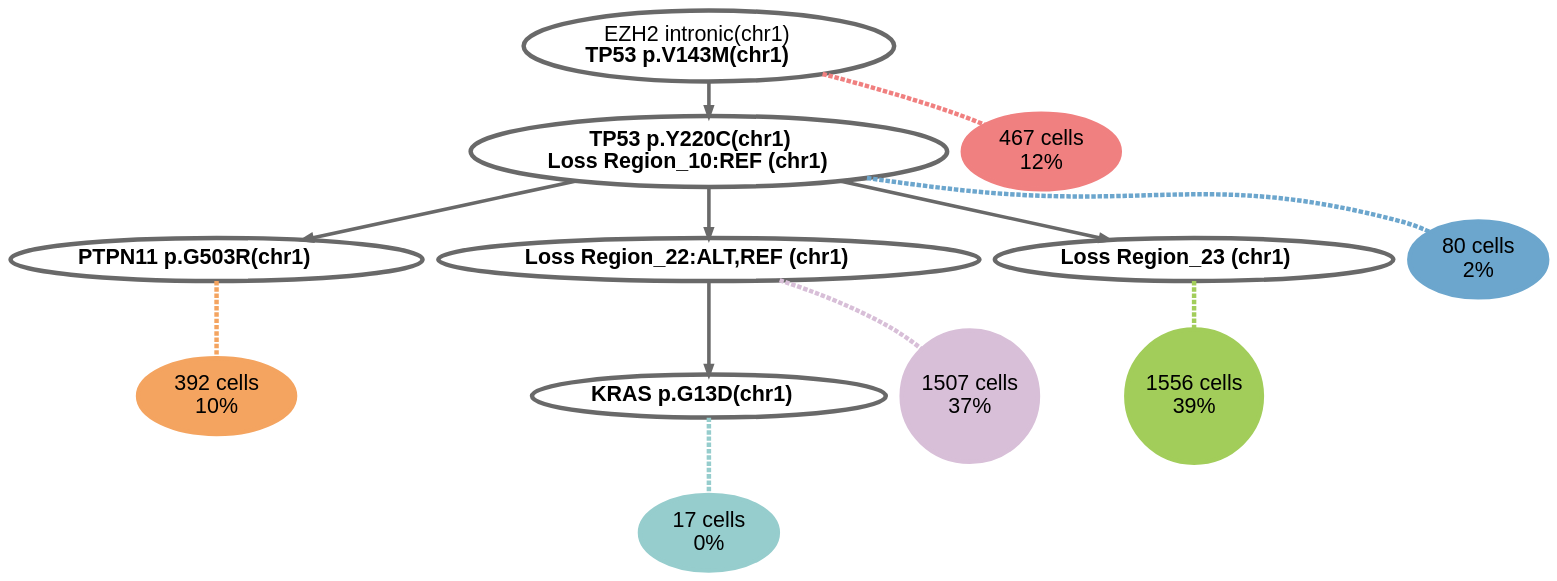
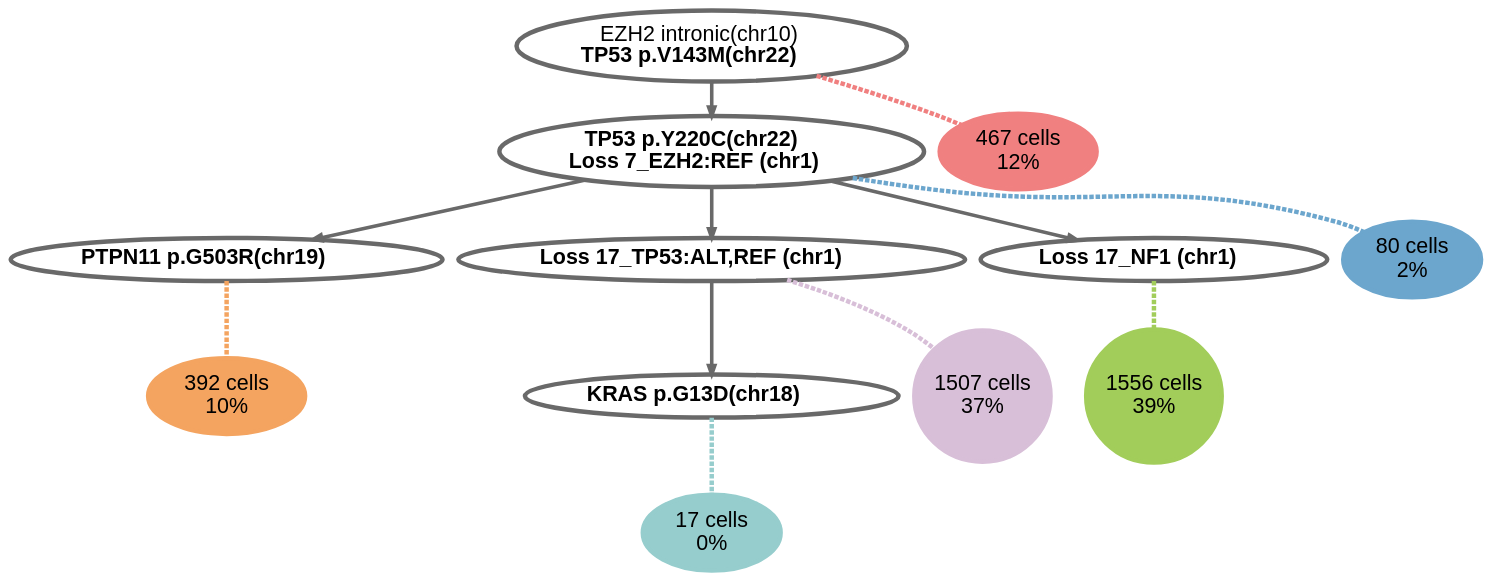
One commit to pawlakG/ScIGMA changed the diagram in results/compass_output/AML-101-001/AML-101-001_c10_l100_tree.gv. Above: the diagram before and after it, drawn with Graphviz. The commit also changed 144 other files, not shown here.

Commit message:
Fix chromosome label. Still bug on loss and gain chromosome anotation

```diff
--- a/results/compass_output/AML-101-001/AML-101-001_c10_l100_tree.gv
+++ b/results/compass_output/AML-101-001/AML-101-001_c10_l100_tree.gv
@@ -1,26 +1,26 @@
 digraph G{
 node [color=dimgray fontsize=24 fontcolor=black fontname=Helvetica penwidth=5];
 0 -> 1 [color=dimgray penwidth=4 weight=2];
 1 -> 2 [color=dimgray penwidth=4 weight=2];
 4 -> 3 [color=dimgray penwidth=4 weight=2];
 1 -> 4 [color=dimgray penwidth=4 weight=2];
 1 -> 5 [color=dimgray penwidth=4 weight=2];
-0[label=<EZH2 intronic(chr1)<br/><B>TP53 p.V143M(chr1)</B><br/>>];
-1[label=<<B>TP53 p.Y220C(chr1)</B><br/><B>Loss Region_10:REF (chr1)</B><br/>>];
-2[label=<<B>PTPN11 p.G503R(chr1)</B><br/>>];
-3[label=<<B>KRAS p.G13D(chr1)</B><br/>>];
-4[label=<<B>Loss Region_22:ALT,REF (chr1)</B><br/>>];
-5[label=<<B>Loss Region_23 (chr1)</B><br/>>];
+0[label=<EZH2 intronic(chr10)<br/><B>TP53 p.V143M(chr22)</B><br/>>];
+1[label=<<B>TP53 p.Y220C(chr22)</B><br/><B>Loss 7_EZH2:REF (chr1)</B><br/>>];
+2[label=<<B>PTPN11 p.G503R(chr19)</B><br/>>];
+3[label=<<B>KRAS p.G13D(chr18)</B><br/>>];
+4[label=<<B>Loss 17_TP53:ALT,REF (chr1)</B><br/>>];
+5[label=<<B>Loss 17_NF1 (chr1)</B><br/>>];
 0 -> 6 [dir=none style=dashed weight=1 penwidth=5 color=lightcoral];
 1 -> 7 [dir=none style=dashed weight=1 penwidth=5 color=skyblue3];
 2 -> 8 [dir=none style=dashed weight=1 penwidth=5 color=sandybrown];
 3 -> 9 [dir=none style=dashed weight=1 penwidth=5 color=paleturquoise3];
 4 -> 10 [dir=none style=dashed weight=1 penwidth=5 color=thistle];
 5 -> 11 [dir=none style=dashed weight=1 penwidth=5 color=darkolivegreen3];
 6[label="467 cells\n12\%" style = filled width=1.13626 height=1.13626 color=lightcoral];
 7[label="80 cells\n2\%" style = filled width=0.470289 height=0.470289 color=skyblue3];
 8[label="392 cells\n10\%" style = filled width=1.04103 height=1.04103 color=sandybrown];
 9[label="17 cells\n0\%" style = filled width=0.216792 height=0.216792 color=paleturquoise3];
 10[label="1507 cells\n37\%" style = filled width=2.04116 height=2.04116 color=thistle];
 11[label="1556 cells\n39\%" style = filled width=2.07408 height=2.07408 color=darkolivegreen3];
 }
```
